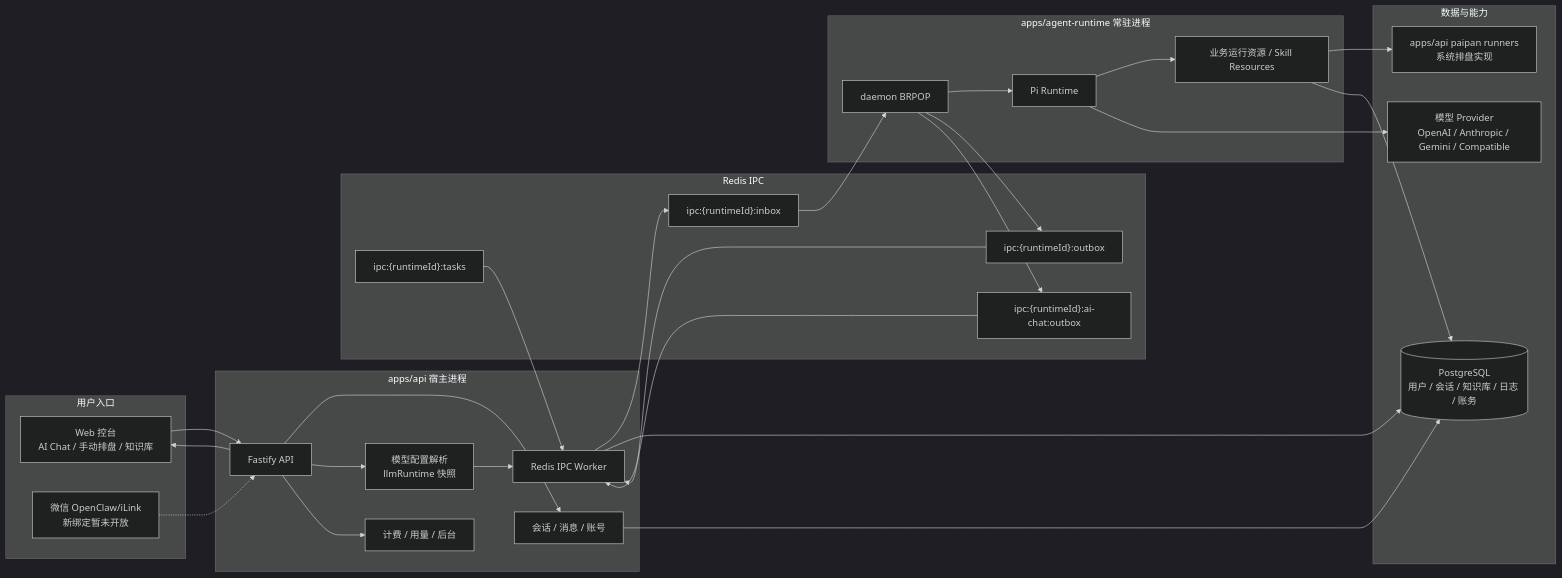
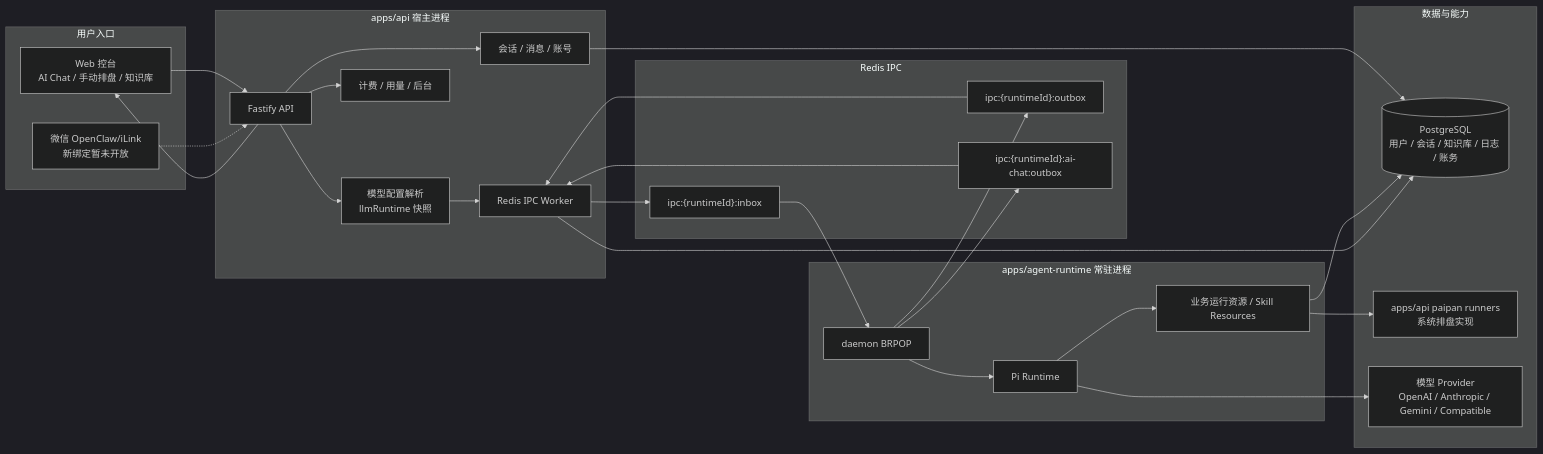
Before and after one commit to Coaixy/FateClaw: the first of 3 diagrams in README.md, drawn with Mermaid (dark theme). The commit also changed 67 other files, not shown here.

````diff
--- a/README.md
+++ b/README.md
@@ -21,56 +21,54 @@
 ```mermaid
 flowchart LR
   subgraph Client["用户入口"]
     Web["Web 控台<br/>AI Chat / 手动排盘 / 知识库"]
     WeChat["微信 OpenClaw/iLink<br/>新绑定暂未开放"]
   end
 
   subgraph Host["apps/api 宿主进程"]
     Fastify["Fastify API"]
     Session["会话 / 消息 / 账号"]
     Runtime["模型配置解析<br/>llmRuntime 快照"]
     Billing["计费 / 用量 / 后台"]
     IpcWorker["Redis IPC Worker"]
   end
 
   subgraph Redis["Redis IPC"]
     Inbox["ipc:{runtimeId}:inbox"]
     Outbox["ipc:{runtimeId}:outbox"]
     AiOutbox["ipc:{runtimeId}:ai-chat:outbox"]
-    TaskQueue["ipc:{runtimeId}:tasks"]
   end
 
   subgraph Agent["apps/agent-runtime 常驻进程"]
     Daemon["daemon BRPOP"]
     Kernel["Pi Runtime"]
     Tools["业务运行资源 / Skill Resources"]
   end
 
   subgraph Data["数据与能力"]
     PG[("PostgreSQL<br/>用户 / 会话 / 知识库 / 日志 / 账务")]
     PaipanRuntime["apps/api paipan runners<br/>系统排盘实现"]
     LLM["模型 Provider<br/>OpenAI / Anthropic / Gemini / Compatible"]
   end
 
   Web --> Fastify
   WeChat -.-> Fastify
   Fastify --> Session
   Fastify --> Runtime
   Fastify --> Billing
   Session --> PG
   Runtime --> IpcWorker
   IpcWorker --> Inbox
   Inbox --> Daemon
   Daemon --> Kernel
   Kernel --> Tools
   Tools --> PaipanRuntime
   Tools --> PG
   Kernel --> LLM
   Daemon --> Outbox
   Daemon --> AiOutbox
   Outbox --> IpcWorker
   AiOutbox --> IpcWorker
-  TaskQueue --> IpcWorker
   IpcWorker --> PG
   Fastify --> Web
 ```
````
